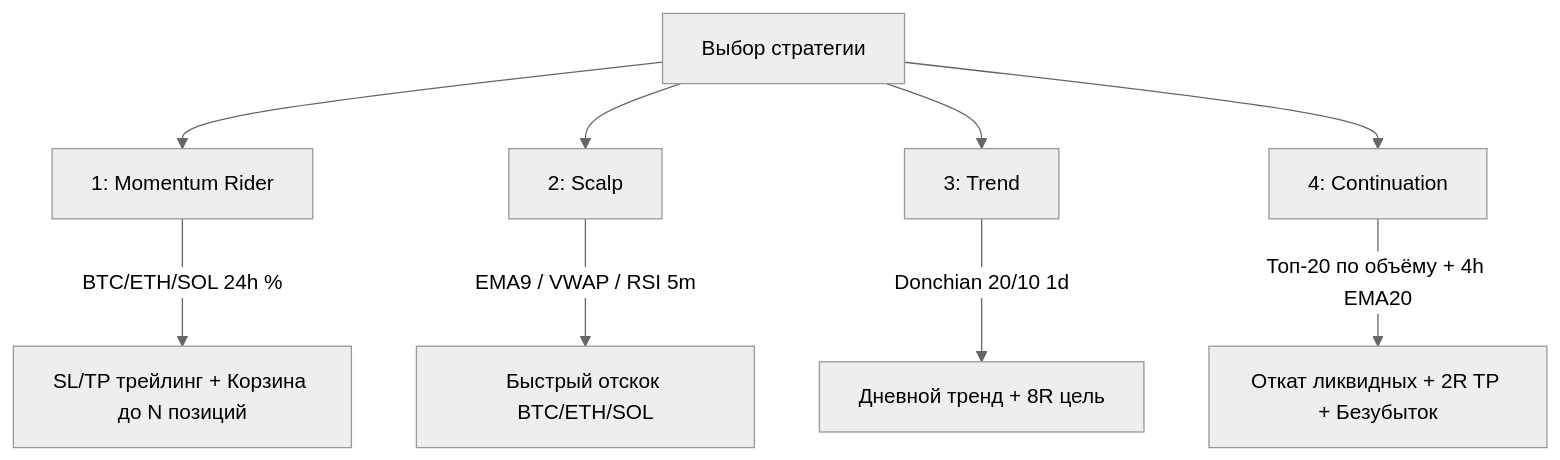
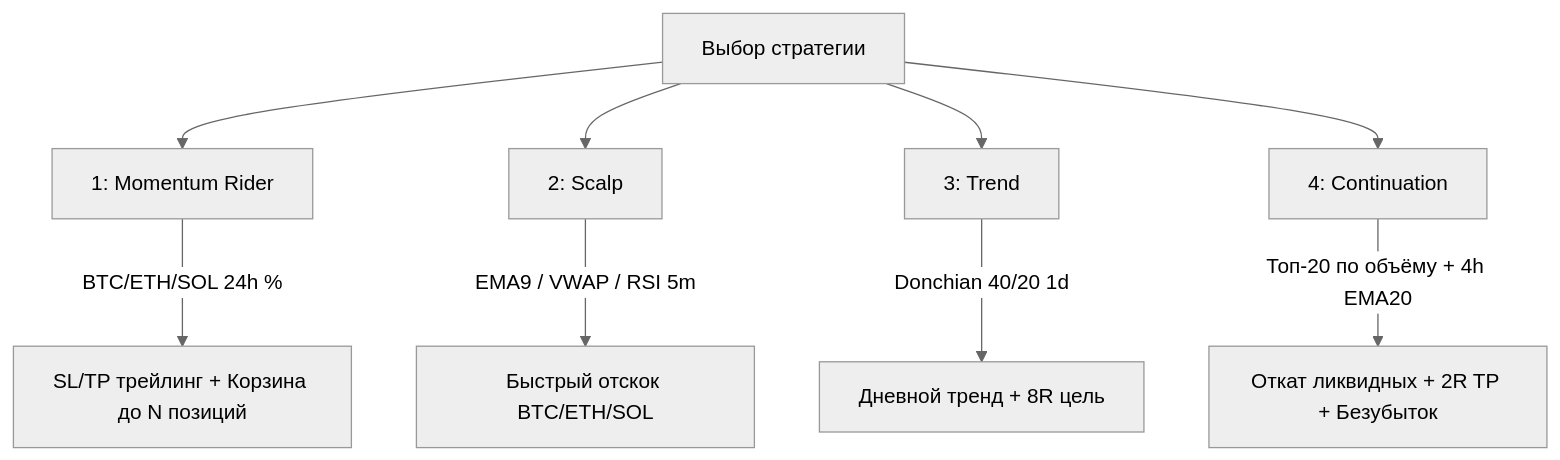
The diagram in README.md (Nixter77/TUI_bot_RUST), drawn with Mermaid (neutral theme) before and after one commit. The commit also changed other lines of this file and 9 other files, not shown here.

````diff
--- a/README.md
+++ b/README.md
@@ -238,12 +238,12 @@
 ```mermaid
 graph TD
     A[Выбор стратегии] --> S1[1: Momentum Rider]
     A --> S2[2: Scalp]
     A --> S3[3: Trend]
     A --> S4[4: Continuation]
 
     S1 --> |BTC/ETH/SOL 24h %| S1_Exec[SL/TP трейлинг + Корзина до N позиций]
     S2 --> |EMA9 / VWAP / RSI 5m| S2_Exec[Быстрый отскок BTC/ETH/SOL]
-    S3 --> |Donchian 20/10 1d| S3_Exec[Дневной тренд + 8R цель]
+    S3 --> |Donchian 40/20 1d| S3_Exec[Дневной тренд + 8R цель]
     S4 --> |Топ-20 по объёму + 4h EMA20| S4_Exec[Откат ликвидных + 2R TP + Безубыток]
 ```
````
